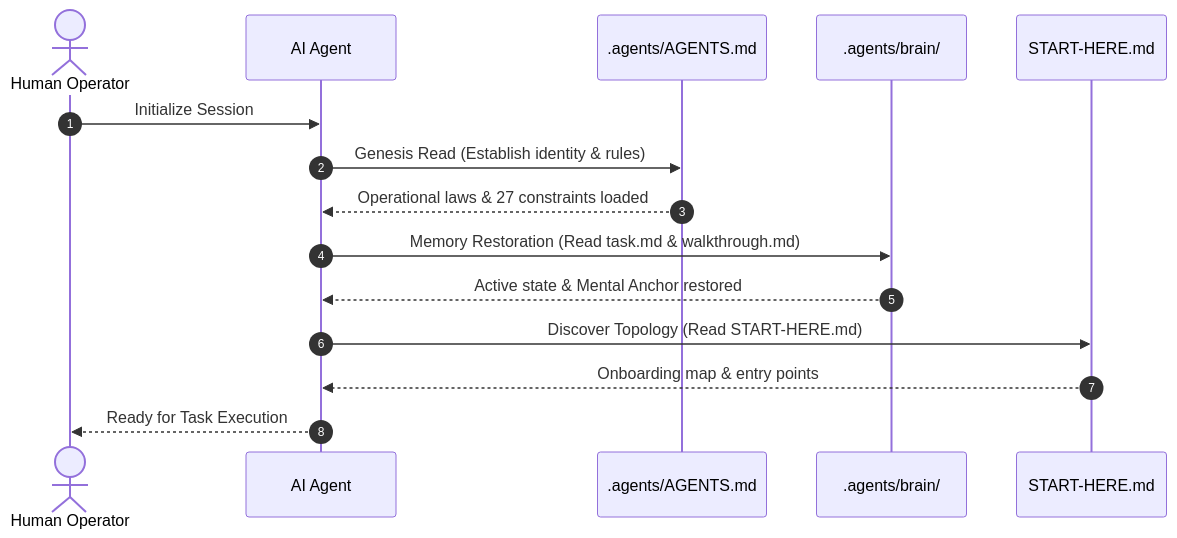
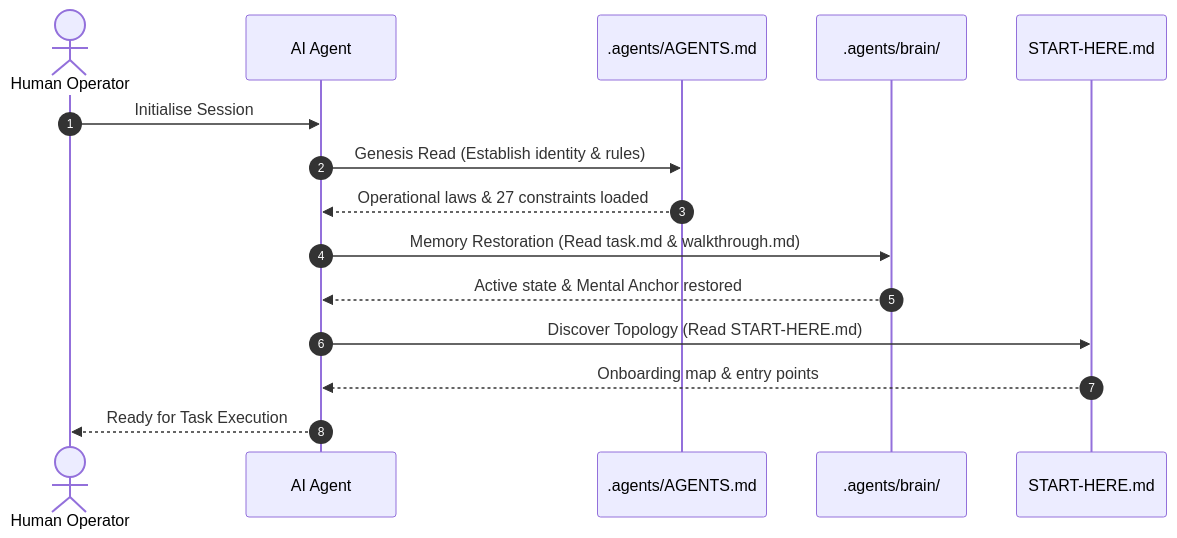
Before and after one commit to linuxmalaysia/deep-state-of-mind-for-my-ai: the diagram in openwiki/governance/agent-operation.md, drawn with Mermaid. The commit also changed other lines of this file and 14 other files, not shown here.

First line of the commit message:
feat: apply PR feedback fixes to OpenWiki emulator and diagrams

````diff
--- a/openwiki/governance/agent-operation.md
+++ b/openwiki/governance/agent-operation.md
@@ -27,18 +25,18 @@
 ```mermaid
 sequenceDiagram
     autonumber
     actor User as Human Operator
     participant Agent as AI Agent
     participant Constitution as .agents/AGENTS.md
     participant Brain as .agents/brain/
     participant Onboarding as START-HERE.md
 
-    User->>Agent: Initialize Session
+    User->>Agent: Initialise Session
     Agent->>Constitution: Genesis Read (Establish identity & rules)
     Constitution-->>Agent: Operational laws & 27 constraints loaded
     Agent->>Brain: Memory Restoration (Read task.md & walkthrough.md)
     Brain-->>Agent: Active state & Mental Anchor restored
     Agent->>Onboarding: Discover Topology (Read START-HERE.md)
     Onboarding-->>Agent: Onboarding map & entry points
     Agent-->>User: Ready for Task Execution
 ```
````
